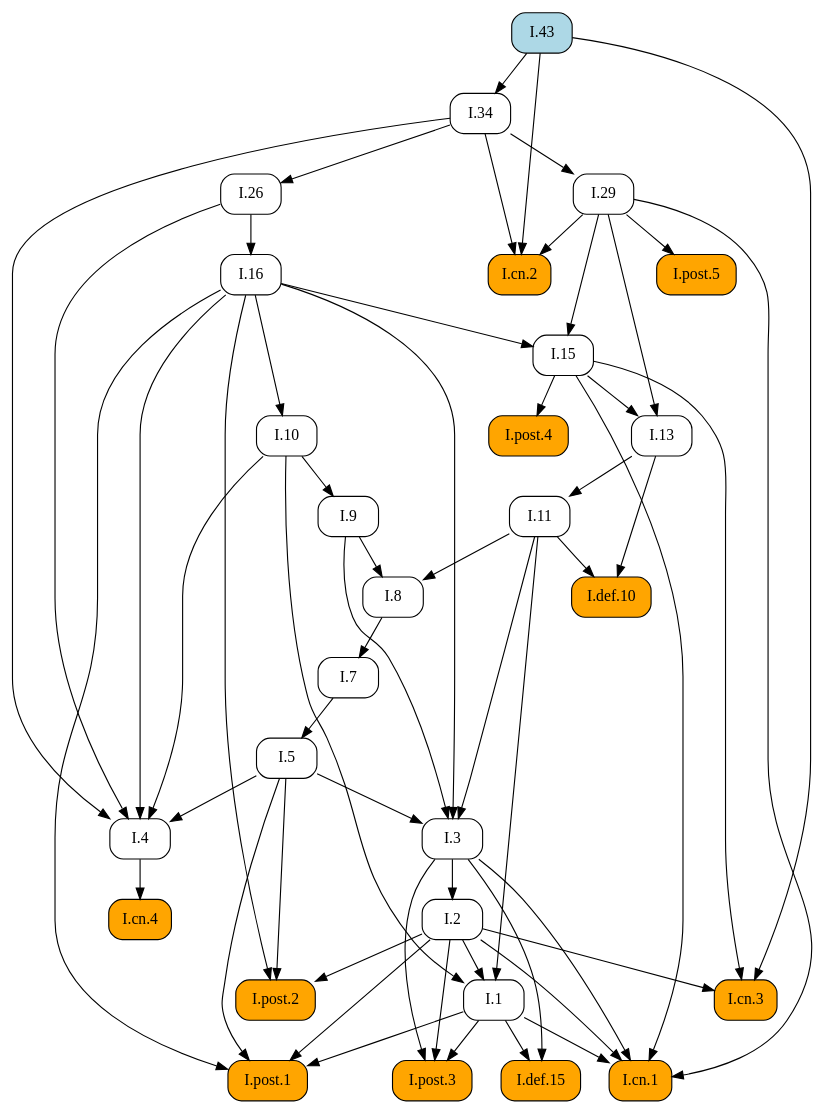
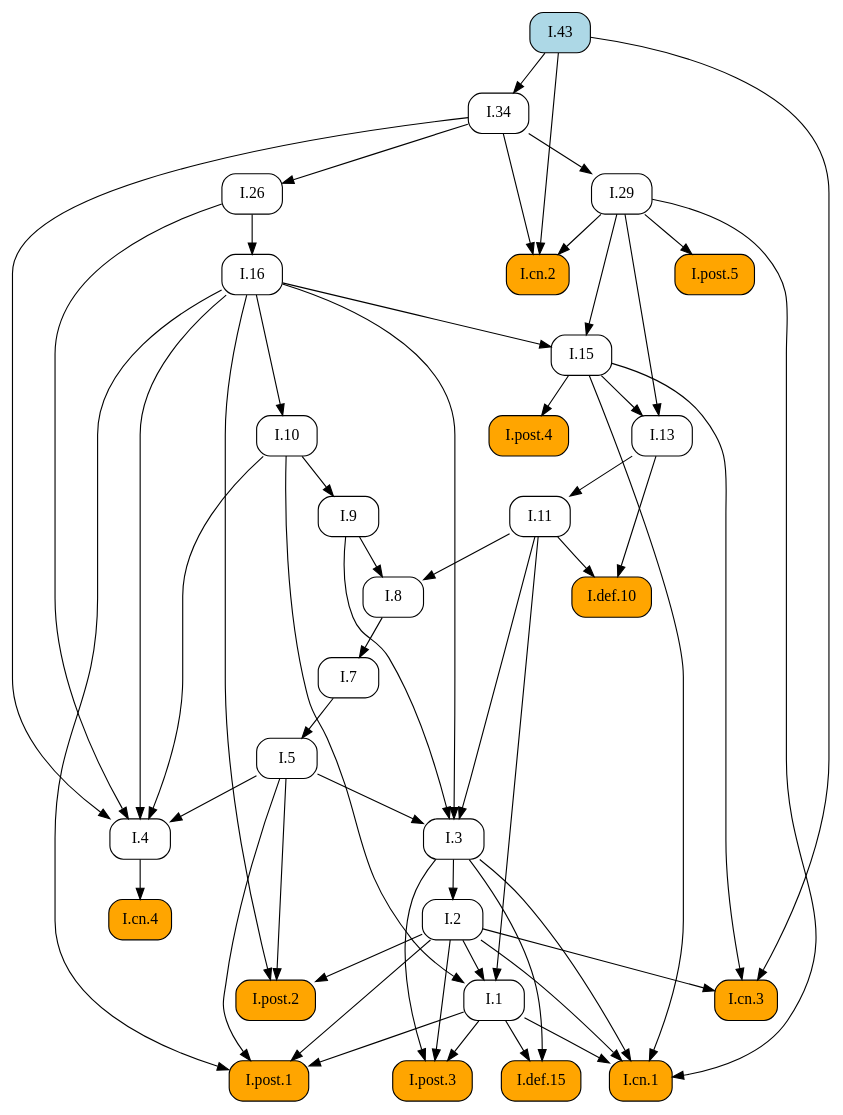
One commit to geometor/elements changed the diagram in docsrc/heath/I/43/index.rst. Above: the diagram before and after it, drawn with Graphviz. The commit also changed other lines of this file and 484 other files, not shown here.

```diff
--- a/docsrc/heath/I/43/index.rst
+++ b/docsrc/heath/I/43/index.rst
@@ -72,88 +72,88 @@
    digraph {
      rankdir="TB";
      node [shape=box, style=rounded];
+     "I.9" [URL="/heath/I/9/", target="_top"];
+     "I.cn.1" [style="rounded,filled", fillcolor=orange, URL="/heath/I/cn.1/", target="_top"];
+     "I.7" [URL="/heath/I/7/", target="_top"];
+     "I.2" [URL="/heath/I/2/", target="_top"];
+     "I.def.15" [style="rounded,filled", fillcolor=orange, URL="/heath/I/def.15/", target="_top"];
+     "I.13" [URL="/heath/I/13/", target="_top"];
+     "I.post.4" [style="rounded,filled", fillcolor=orange, URL="/heath/I/post.4/", target="_top"];
+     "I.4" [URL="/heath/I/4/", target="_top"];
+     "I.1" [URL="/heath/I/1/", target="_top"];
+     "I.post.3" [style="rounded,filled", fillcolor=orange, URL="/heath/I/post.3/", target="_top"];
+     "I.post.1" [style="rounded,filled", fillcolor=orange, URL="/heath/I/post.1/", target="_top"];
+     "I.5" [URL="/heath/I/5/", target="_top"];
+     "I.8" [URL="/heath/I/8/", target="_top"];
+     "I.29" [URL="/heath/I/29/", target="_top"];
+     "I.cn.3" [style="rounded,filled", fillcolor=orange, URL="/heath/I/cn.3/", target="_top"];
+     "I.43" [style="rounded,filled", fillcolor=lightblue, URL="/heath/I/43/", target="_top"];
+     "I.16" [URL="/heath/I/16/", target="_top"];
      "I.def.10" [style="rounded,filled", fillcolor=orange, URL="/heath/I/def.10/", target="_top"];
+     "I.15" [URL="/heath/I/15/", target="_top"];
+     "I.10" [URL="/heath/I/10/", target="_top"];
      "I.11" [URL="/heath/I/11/", target="_top"];
-     "I.post.4" [style="rounded,filled", fillcolor=orange, URL="/heath/I/post.4/", target="_top"];
-     "I.1" [URL="/heath/I/1/", target="_top"];
+     "I.cn.2" [style="rounded,filled", fillcolor=orange, URL="/heath/I/cn.2/", target="_top"];
+     "I.post.5" [style="rounded,filled", fillcolor=orange, URL="/heath/I/post.5/", target="_top"];
+     "I.cn.4" [style="rounded,filled", fillcolor=orange, URL="/heath/I/cn.4/", target="_top"];
+     "I.post.2" [style="rounded,filled", fillcolor=orange, URL="/heath/I/post.2/", target="_top"];
      "I.26" [URL="/heath/I/26/", target="_top"];
-     "I.7" [URL="/heath/I/7/", target="_top"];
      "I.34" [URL="/heath/I/34/", target="_top"];
      "I.3" [URL="/heath/I/3/", target="_top"];
-     "I.2" [URL="/heath/I/2/", target="_top"];
-     "I.4" [URL="/heath/I/4/", target="_top"];
-     "I.29" [URL="/heath/I/29/", target="_top"];
-     "I.13" [URL="/heath/I/13/", target="_top"];
-     "I.cn.2" [style="rounded,filled", fillcolor=orange, URL="/heath/I/cn.2/", target="_top"];
-     "I.post.2" [style="rounded,filled", fillcolor=orange, URL="/heath/I/post.2/", target="_top"];
-     "I.16" [URL="/heath/I/16/", target="_top"];
-     "I.def.15" [style="rounded,filled", fillcolor=orange, URL="/heath/I/def.15/", target="_top"];
-     "I.9" [URL="/heath/I/9/", target="_top"];
-     "I.post.3" [style="rounded,filled", fillcolor=orange, URL="/heath/I/post.3/", target="_top"];
-     "I.cn.1" [style="rounded,filled", fillcolor=orange, URL="/heath/I/cn.1/", target="_top"];
-     "I.cn.3" [style="rounded,filled", fillcolor=orange, URL="/heath/I/cn.3/", target="_top"];
-     "I.8" [URL="/heath/I/8/", target="_top"];
-     "I.cn.4" [style="rounded,filled", fillcolor=orange, URL="/heath/I/cn.4/", target="_top"];
-     "I.15" [URL="/heath/I/15/", target="_top"];
-     "I.post.5" [style="rounded,filled", fillcolor=orange, URL="/heath/I/post.5/", target="_top"];
-     "I.43" [style="rounded,filled", fillcolor=lightblue, URL="/heath/I/43/", target="_top"];
-     "I.post.1" [style="rounded,filled", fillcolor=orange, URL="/heath/I/post.1/", target="_top"];
-     "I.10" [URL="/heath/I/10/", target="_top"];
-     "I.5" [URL="/heath/I/5/", target="_top"];
-     "I.11" -> "I.def.10";
-     "I.13" -> "I.def.10";
-     "I.13" -> "I.11";
+     "I.10" -> "I.9";
+     "I.1" -> "I.cn.1";
+     "I.2" -> "I.cn.1";
+     "I.3" -> "I.cn.1";
+     "I.15" -> "I.cn.1";
+     "I.29" -> "I.cn.1";
+     "I.8" -> "I.7";
+     "I.3" -> "I.2";
+     "I.1" -> "I.def.15";
+     "I.3" -> "I.def.15";
+     "I.15" -> "I.13";
+     "I.29" -> "I.13";
      "I.15" -> "I.post.4";
+     "I.5" -> "I.4";
+     "I.10" -> "I.4";
+     "I.16" -> "I.4";
+     "I.26" -> "I.4";
+     "I.34" -> "I.4";
      "I.2" -> "I.1";
      "I.10" -> "I.1";
      "I.11" -> "I.1";
+     "I.1" -> "I.post.3";
+     "I.2" -> "I.post.3";
+     "I.3" -> "I.post.3";
+     "I.1" -> "I.post.1";
+     "I.2" -> "I.post.1";
+     "I.5" -> "I.post.1";
+     "I.16" -> "I.post.1";
+     "I.7" -> "I.5";
+     "I.9" -> "I.8";
+     "I.11" -> "I.8";
+     "I.34" -> "I.29";
+     "I.2" -> "I.cn.3";
+     "I.15" -> "I.cn.3";
+     "I.43" -> "I.cn.3";
+     "I.26" -> "I.16";
+     "I.11" -> "I.def.10";
+     "I.13" -> "I.def.10";
+     "I.16" -> "I.15";
+     "I.29" -> "I.15";
+     "I.16" -> "I.10";
+     "I.13" -> "I.11";
+     "I.29" -> "I.cn.2";
+     "I.34" -> "I.cn.2";
+     "I.43" -> "I.cn.2";
+     "I.29" -> "I.post.5";
+     "I.4" -> "I.cn.4";
+     "I.2" -> "I.post.2";
+     "I.5" -> "I.post.2";
+     "I.16" -> "I.post.2";
      "I.34" -> "I.26";
-     "I.8" -> "I.7";
      "I.43" -> "I.34";
      "I.5" -> "I.3";
      "I.9" -> "I.3";
      "I.11" -> "I.3";
      "I.16" -> "I.3";
-     "I.3" -> "I.2";
-     "I.5" -> "I.4";
-     "I.10" -> "I.4";
-     "I.16" -> "I.4";
-     "I.26" -> "I.4";
-     "I.34" -> "I.4";
-     "I.34" -> "I.29";
-     "I.15" -> "I.13";
-     "I.29" -> "I.13";
-     "I.29" -> "I.cn.2";
-     "I.34" -> "I.cn.2";
-     "I.43" -> "I.cn.2";
-     "I.2" -> "I.post.2";
-     "I.5" -> "I.post.2";
-     "I.16" -> "I.post.2";
-     "I.26" -> "I.16";
-     "I.1" -> "I.def.15";
-     "I.3" -> "I.def.15";
-     "I.10" -> "I.9";
-     "I.1" -> "I.post.3";
-     "I.2" -> "I.post.3";
-     "I.3" -> "I.post.3";
-     "I.1" -> "I.cn.1";
-     "I.2" -> "I.cn.1";
-     "I.3" -> "I.cn.1";
-     "I.15" -> "I.cn.1";
-     "I.29" -> "I.cn.1";
-     "I.2" -> "I.cn.3";
-     "I.15" -> "I.cn.3";
-     "I.43" -> "I.cn.3";
-     "I.9" -> "I.8";
-     "I.11" -> "I.8";
-     "I.4" -> "I.cn.4";
-     "I.16" -> "I.15";
-     "I.29" -> "I.15";
-     "I.29" -> "I.post.5";
-     "I.1" -> "I.post.1";
-     "I.2" -> "I.post.1";
-     "I.5" -> "I.post.1";
-     "I.16" -> "I.post.1";
-     "I.16" -> "I.10";
-     "I.7" -> "I.5";
    }
```
